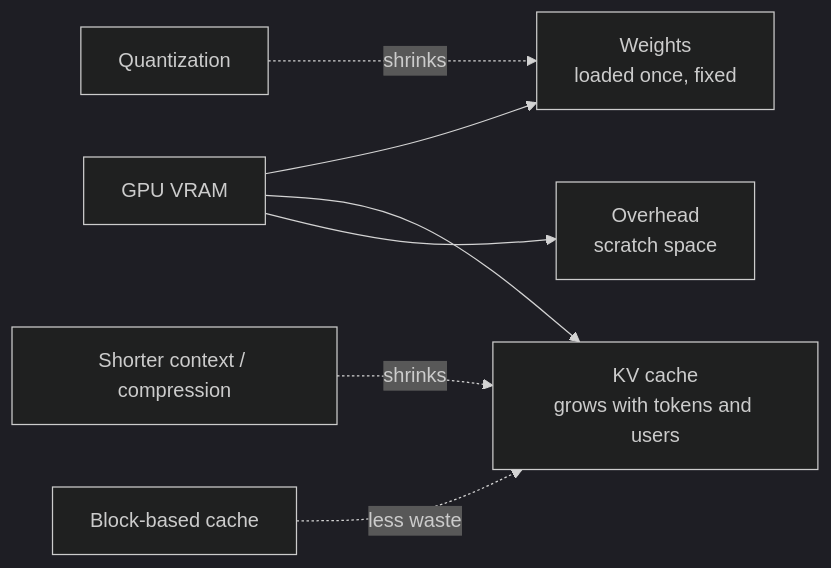
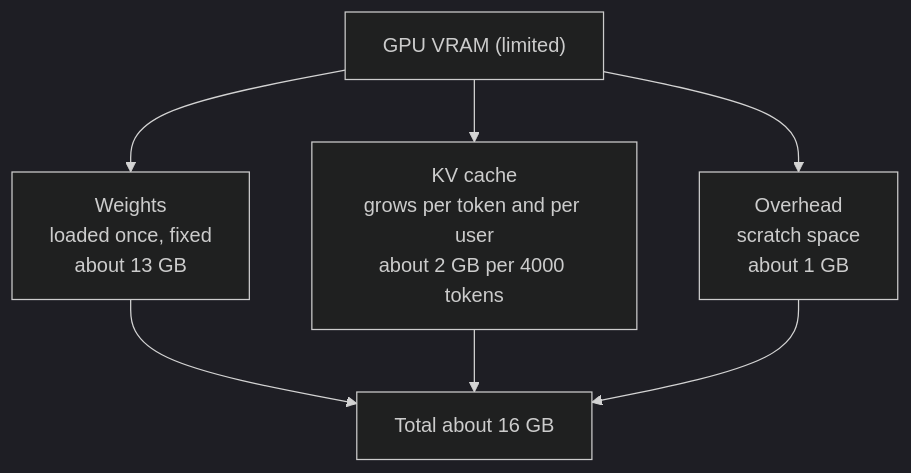
One commit to kaisarnajar/outcome-school-blogs changed the diagram in notes/step-12-llm-inference-engineering/151-llm-gpu-memory.md. Above: the diagram before and after it, drawn with Mermaid (dark theme). The commit also changed other lines of this file and 233 other files, not shown here.

````diff
--- a/notes/step-12-llm-inference-engineering/151-llm-gpu-memory.md
+++ b/notes/step-12-llm-inference-engineering/151-llm-gpu-memory.md
@@ -47,9 +41,9 @@
 ```mermaid
-flowchart LR
-    V["GPU VRAM"] --> W["Weights<br/>loaded once, fixed"]
-    V --> K["KV cache<br/>grows with tokens and users"]
-    V --> O["Overhead<br/>scratch space"]
-    Q["Quantization"] -.->|"shrinks"| W
-    L["Shorter context / compression"] -.->|"shrinks"| K
-    P["Block-based cache"] -.->|"less waste"| K
+flowchart TD
+    V1["GPU VRAM (limited)"] --> W1["Weights<br/>loaded once, fixed<br/>about 13 GB"]
+    V1 --> K1["KV cache<br/>grows per token and per user<br/>about 2 GB per 4000 tokens"]
+    V1 --> O1["Overhead<br/>scratch space<br/>about 1 GB"]
+    W1 --> T1["Total about 16 GB"]
+    K1 --> T1
+    O1 --> T1
 ```
````
